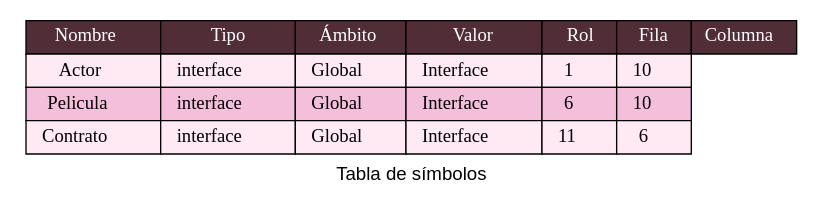
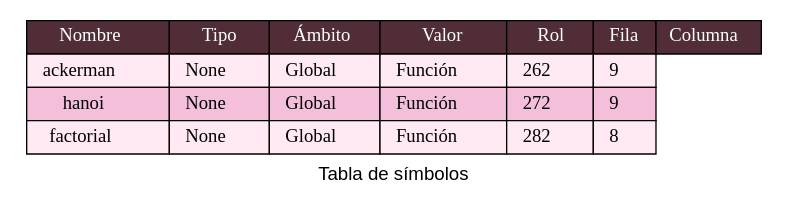
One commit to LuisaMariaO/OLC2P1-Luisa-Ortiz-Marjorie-Reyes changed the diagram in Fase 1/backend/TablaSimbolos.dot. Above: the diagram before and after it, drawn with Graphviz. The commit also changed 11 other files, not shown here.

```diff
--- a/Fase 1/backend/TablaSimbolos.dot
+++ b/Fase 1/backend/TablaSimbolos.dot
@@ -1,42 +1,42 @@
 digraph {
             fontname="Arial"
             label = "Tabla de símbolos"
             node[shape=none]
             n1[label=<
             <table BORDER="0" CELLBORDER="1" CELLSPACING="0" CELLPADDING="4">]
             <tr>
             <td bgcolor="#512D38"> <font color="white">Nombre </font></td>
             <td bgcolor="#512D38"> <font color="white">Tipo</font></td>
             <td bgcolor="#512D38"> <font color="white">Ámbito</font></td>
             <td bgcolor="#512D38"> <font color="white">Valor</font></td>
             <td bgcolor="#512D38"> <font color="white">Rol</font></td>
             <td bgcolor="#512D38"> <font color="white">Fila</font></td>
             <td bgcolor="#512D38"> <font color="white">Columna</font></td>
             </tr>
 <tr>
-<td bgcolor="#FFE9F3">   Actor   </td>
-<td bgcolor="#FFE9F3">   interface   </td>
+<td bgcolor="#FFE9F3">   ackerman   </td>
+<td bgcolor="#FFE9F3">   None   </td>
 <td bgcolor="#FFE9F3">   Global   </td>
-<td bgcolor="#FFE9F3">   Interface   </td>
-<td bgcolor="#FFE9F3">   1   </td>
-<td bgcolor="#FFE9F3">   10   </td>
+<td bgcolor="#FFE9F3">   Función   </td>
+<td bgcolor="#FFE9F3">   262   </td>
+<td bgcolor="#FFE9F3">   9   </td>
 </tr>
 <tr>
-<td bgcolor="#F4BFDB">   Pelicula   </td>
-<td bgcolor="#F4BFDB">   interface   </td>
+<td bgcolor="#F4BFDB">   hanoi   </td>
+<td bgcolor="#F4BFDB">   None   </td>
 <td bgcolor="#F4BFDB">   Global   </td>
-<td bgcolor="#F4BFDB">   Interface   </td>
-<td bgcolor="#F4BFDB">   6   </td>
-<td bgcolor="#F4BFDB">   10   </td>
+<td bgcolor="#F4BFDB">   Función   </td>
+<td bgcolor="#F4BFDB">   272   </td>
+<td bgcolor="#F4BFDB">   9   </td>
 </tr>
 <tr>
-<td bgcolor="#FFE9F3">   Contrato   </td>
-<td bgcolor="#FFE9F3">   interface   </td>
+<td bgcolor="#FFE9F3">   factorial   </td>
+<td bgcolor="#FFE9F3">   None   </td>
 <td bgcolor="#FFE9F3">   Global   </td>
-<td bgcolor="#FFE9F3">   Interface   </td>
-<td bgcolor="#FFE9F3">   11   </td>
-<td bgcolor="#FFE9F3">   6   </td>
+<td bgcolor="#FFE9F3">   Función   </td>
+<td bgcolor="#FFE9F3">   282   </td>
+<td bgcolor="#FFE9F3">   8   </td>
 </tr>
 </table>
     >]
     }
```
